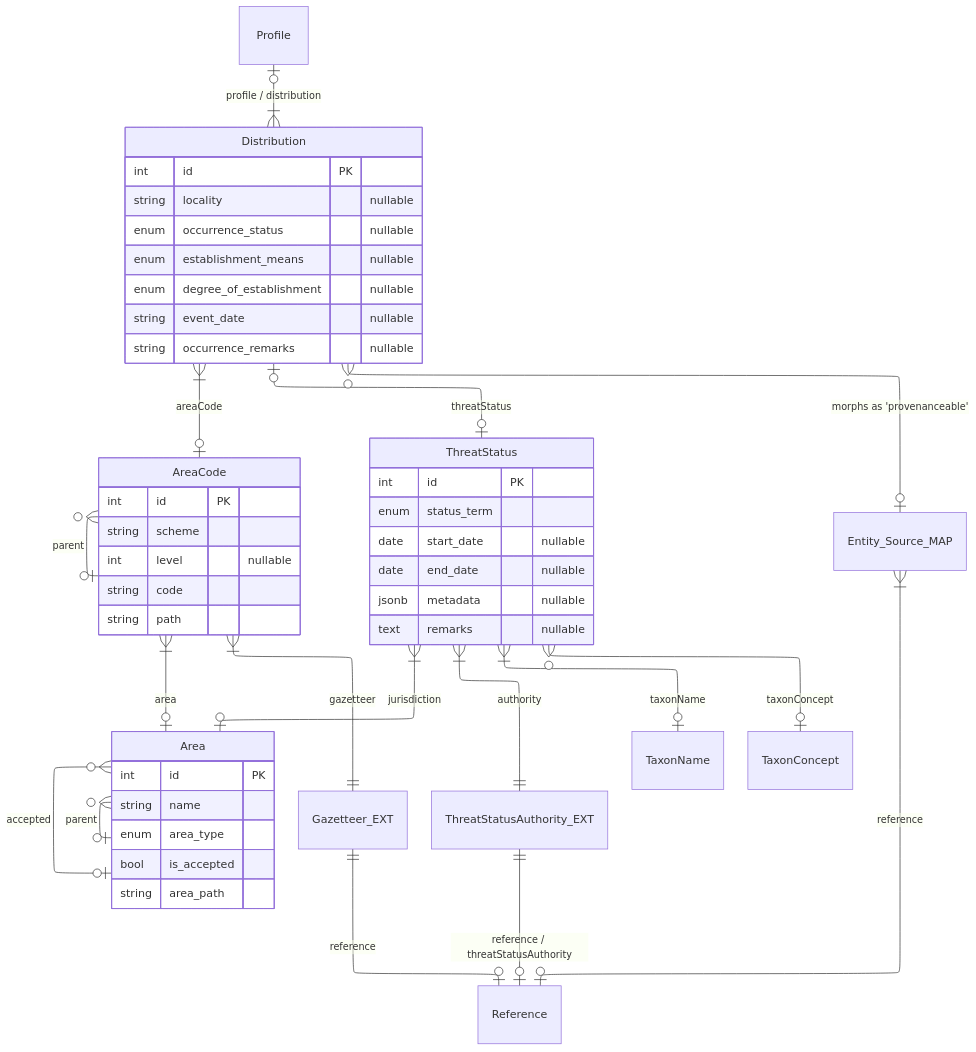
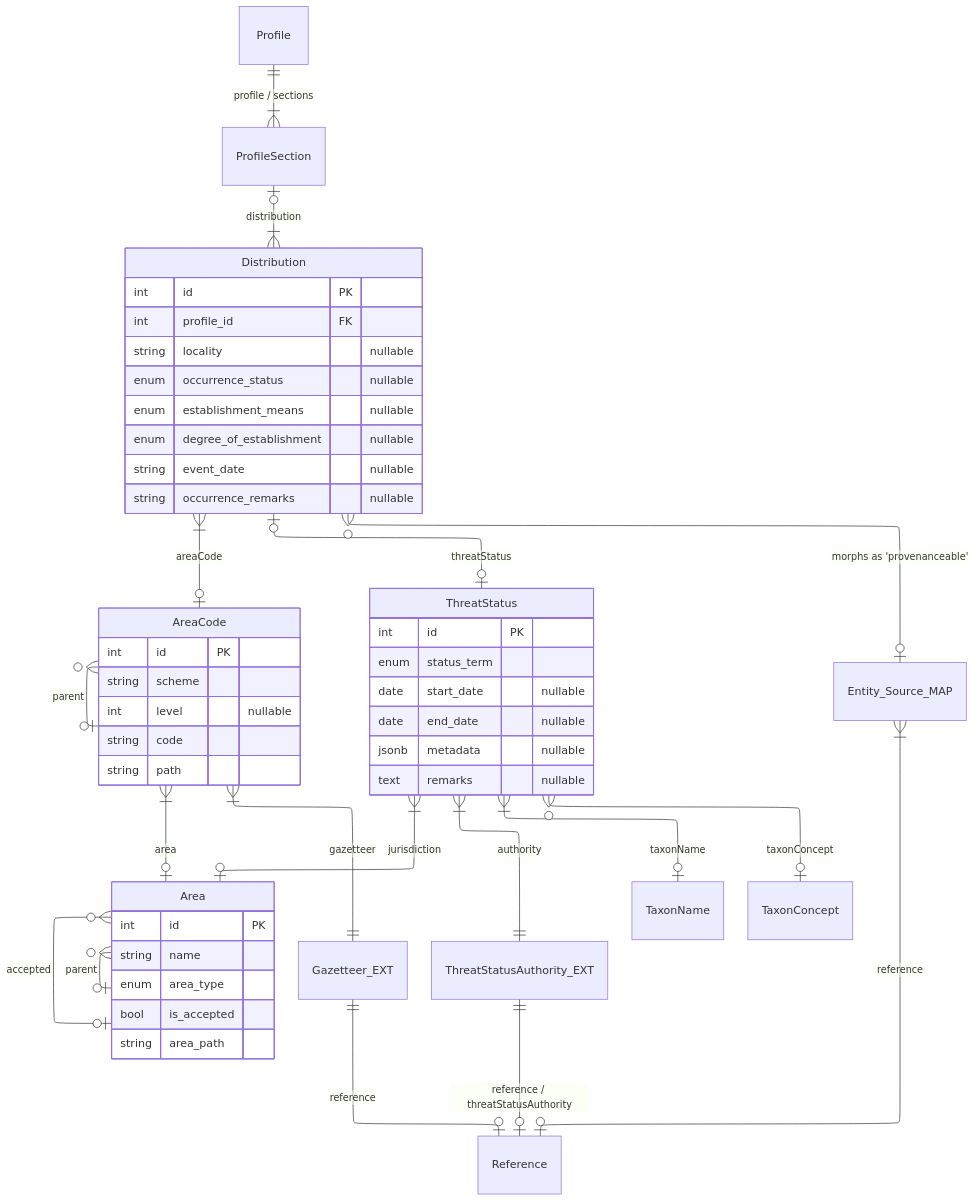
One commit to vicflora/vicflora-docs changed the diagram in source/_mermaid/layer-5c-distribution.mmd. Above: the diagram before and after it, drawn with Mermaid. The commit also changed 1 other file, not shown here.

```diff
--- a/source/_mermaid/layer-5c-distribution.mmd
+++ b/source/_mermaid/layer-5c-distribution.mmd
@@ -1,61 +1,63 @@
 ---
 config:
   layout: elk
 ---
 erDiagram
-  Profile |o--|{ Distribution : "profile / distribution"
+  Profile ||--|{ ProfileSection : "profile / sections"
+  ProfileSection |o--|{ Distribution : "distribution"
 
   %% Profile }o--o{ Entity_Source_MAP : "morphs as 'provenanceable'"
   Distribution }|--o| AreaCode : "areaCode"
   AreaCode }o--o| AreaCode : "parent"
   AreaCode }|--o| Area : area
   Area }o--o| Area : "parent"
   Area }o--o| Area : "accepted"
 
   AreaCode }|--|| Gazetteer_EXT : "gazetteer"
   Gazetteer_EXT ||--o| Reference : reference
 
   Distribution |o--o| ThreatStatus : threatStatus
   ThreatStatus }|--|| ThreatStatusAuthority_EXT : "authority"
   ThreatStatus }|--o| Area : "jurisdiction"
   ThreatStatusAuthority_EXT ||--o| Reference : "reference / threatStatusAuthority"
   ThreatStatus }|--o| TaxonName : "taxonName"
   ThreatStatus }o--o| TaxonConcept : "taxonConcept"
 
   Distribution }o--o| Entity_Source_MAP : "morphs as 'provenanceable'"
   Entity_Source_MAP }|--o| Reference : "reference"
 
   Distribution {
     int id PK
+    int profile_id FK
     string locality "nullable"
     enum occurrence_status "nullable"
     enum establishment_means "nullable"
     enum degree_of_establishment "nullable"
     string event_date "nullable"
     string occurrence_remarks "nullable"
   }
 
   AreaCode {
     int id PK
     string scheme
     int level "nullable"
     string code
     string path    
   }
 
   Area {
     int id PK
     string name
     enum area_type
     bool is_accepted
     string area_path
   }
 
   ThreatStatus {
     int id PK
     enum status_term
     date start_date "nullable"
     date end_date "nullable"
     jsonb metadata "nullable"
     text remarks "nullable" 
   }
```
